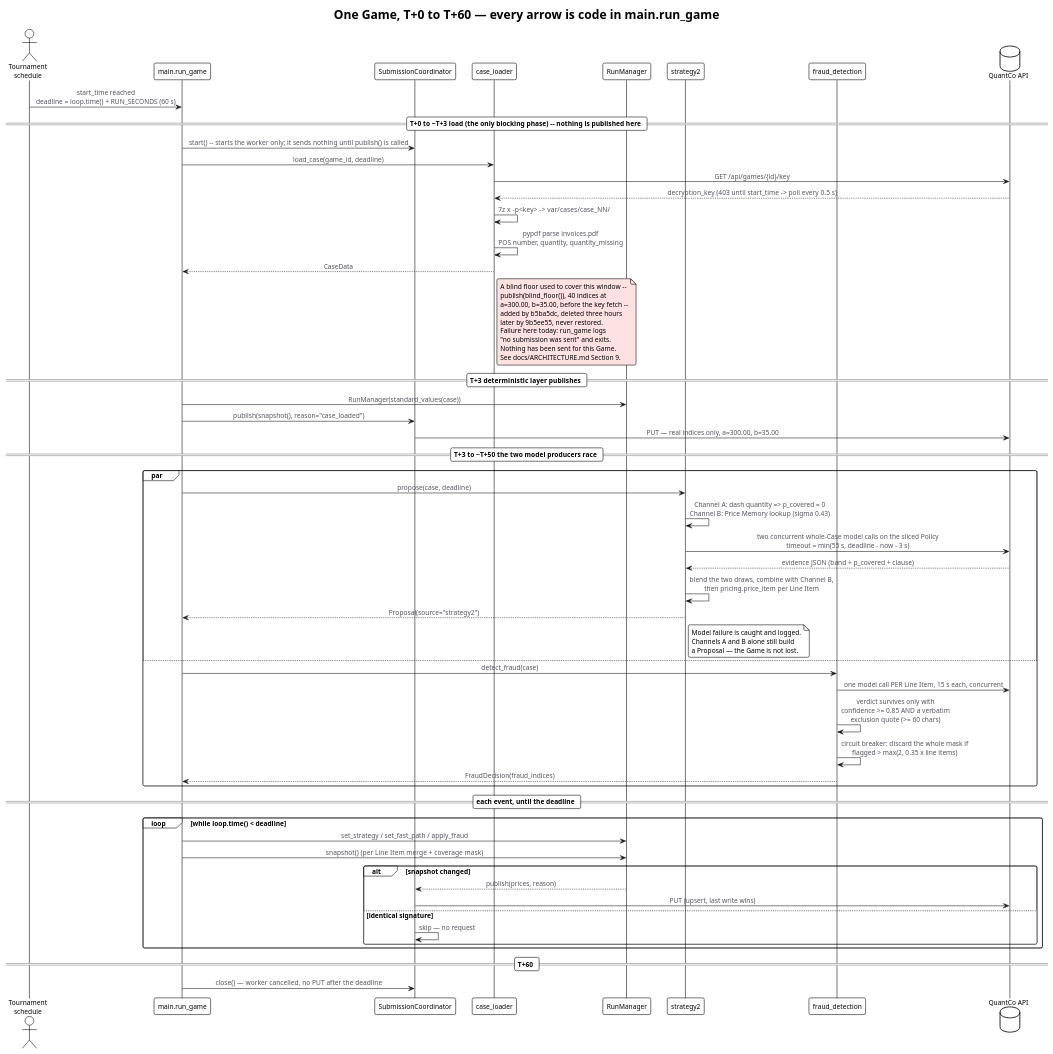
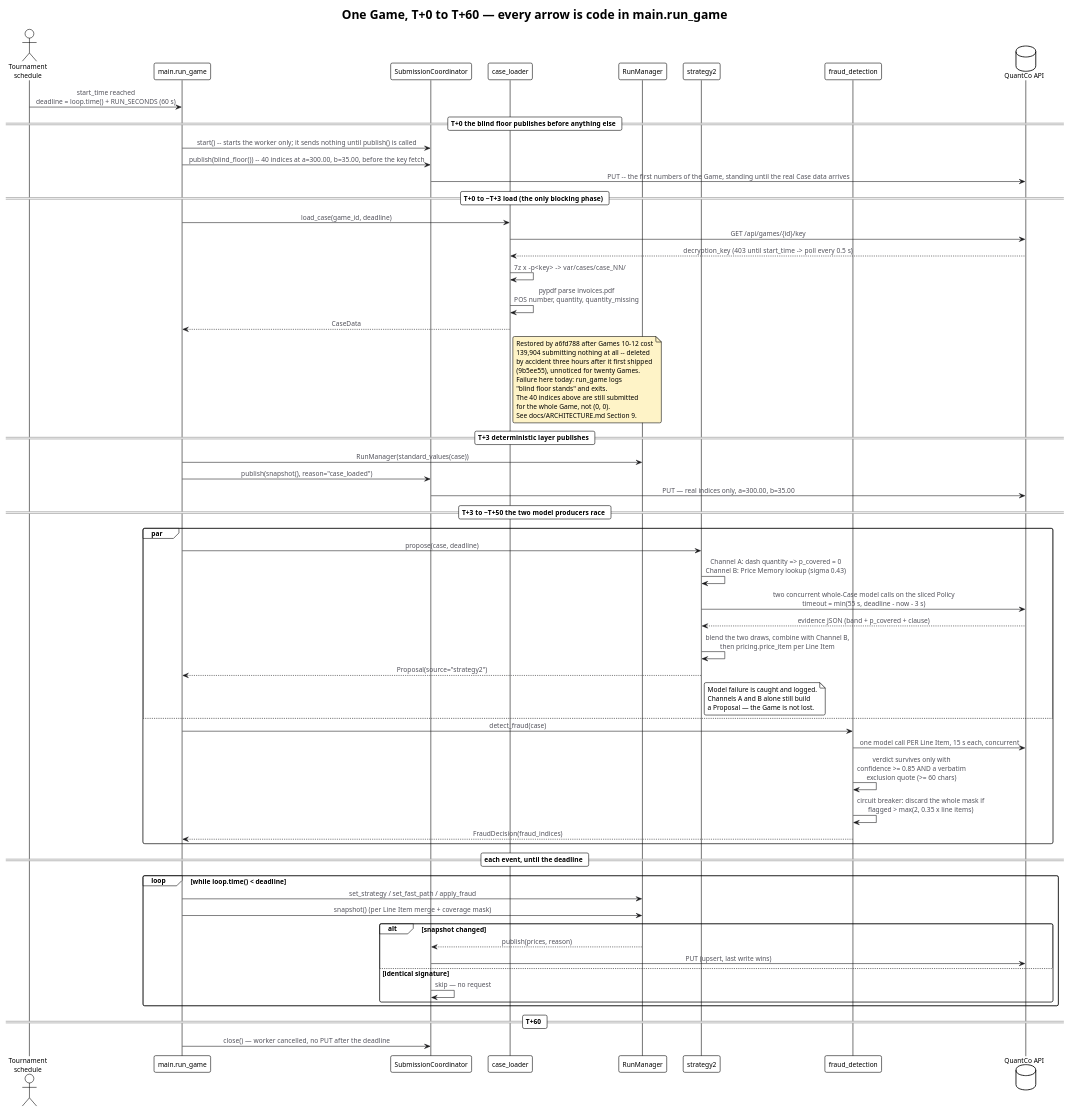
Before and after one commit to eixfachZabii/WireClaim: the diagram in docs/diagrams/01-game-timeline.puml, drawn with PlantUML. The commit also changed 9 other files, not shown here.

```diff
--- a/docs/diagrams/01-game-timeline.puml
+++ b/docs/diagrams/01-game-timeline.puml
@@ -1,92 +1,93 @@
 @startuml
 ' WireClaim — one Game on the 60-second clock.
-' Source of truth: main.py (run_game, RUN_SECONDS),
+' Source of truth: main.py (run_game, RUN_SECONDS, blind_floor),
 ' src/data/case_loader.py, src/runtime/submission_coordinator.py,
 ' src/strategies/strategy2/strategy.py, src/evidence/fraud_detection.py
-' NOTE: the T+0 blind floor this diagram once showed (blind_floor(),
-' BLIND_LINE_ITEMS) was deleted by commit 9b5ee55 and never restored --
-' see docs/ARCHITECTURE.md Section 9. Nothing is published until T+3.
 !theme plain
 skinparam backgroundColor #FFFFFF
 skinparam shadowing false
 skinparam roundCorner 6
 skinparam defaultFontName "Inter, Helvetica, Arial, sans-serif"
 skinparam defaultFontSize 12
 skinparam ArrowColor #18181B
 skinparam ArrowFontColor #52525B
 skinparam sequenceMessageAlign center
 
 title One Game, T+0 to T+60 — every arrow is code in main.run_game
 
 actor "Tournament\nschedule" as Sched
 participant "main.run_game" as Run
 participant "SubmissionCoordinator" as SC
 participant "case_loader" as Loader
 participant "RunManager" as RM
 participant "strategy2" as S2
 participant "fraud_detection" as FD
 database "QuantCo API" as API
 
 Sched -> Run : start_time reached\ndeadline = loop.time() + RUN_SECONDS (60 s)
 
-== T+0 to ~T+3  load (the only blocking phase) -- nothing is published here ==
+== T+0  the blind floor publishes before anything else ==
 Run -> SC : start()  -- starts the worker only; it sends nothing until publish() is called
+Run -> SC : publish(blind_floor())  -- 40 indices at a=300.00, b=35.00, before the key fetch
+SC -> API : PUT  -- the first numbers of the Game, standing until the real Case data arrives
+
+== T+0 to ~T+3  load (the only blocking phase) ==
 Run -> Loader : load_case(game_id, deadline)
 Loader -> API : GET /api/games/{id}/key
 API --> Loader : decryption_key  (403 until start_time -> poll every 0.5 s)
 Loader -> Loader : 7z x -p<key>  ->  var/cases/case_NN/
 Loader -> Loader : pypdf parse invoices.pdf\nPOS number, quantity, quantity_missing
 Loader --> Run : CaseData
-note right of Loader #FEE2E2
-  A blind floor used to cover this window --
-  publish(blind_floor()), 40 indices at
-  a=300.00, b=35.00, before the key fetch --
-  added by b5ba5dc, deleted three hours
-  later by 9b5ee55, never restored.
+note right of Loader #FEF3C7
+  Restored by a6fd788 after Games 10-12 cost
+  139,904 submitting nothing at all -- deleted
+  by accident three hours after it first shipped
+  (9b5ee55), unnoticed for twenty Games.
   Failure here today: run_game logs
-  "no submission was sent" and exits.
-  Nothing has been sent for this Game.
+  "blind floor stands" and exits.
+  The 40 indices above are still submitted
+  for the whole Game, not (0, 0).
   See docs/ARCHITECTURE.md Section 9.
 end note
 
 == T+3  deterministic layer publishes ==
 Run -> RM : RunManager(standard_values(case))
 Run -> SC : publish(snapshot(), reason="case_loaded")
 SC -> API : PUT — real indices only, a=300.00, b=35.00
 
 == T+3 to ~T+50  the two model producers race ==
 par
   Run -> S2 : propose(case, deadline)
   S2 -> S2 : Channel A: dash quantity => p_covered = 0\nChannel B: Price Memory lookup (sigma 0.43)
   S2 -> API : two concurrent whole-Case model calls on the sliced Policy\ntimeout = min(55 s, deadline - now - 3 s)
   API --> S2 : evidence JSON (band + p_covered + clause)
   S2 -> S2 : blend the two draws, combine with Channel B,\nthen pricing.price_item per Line Item
   S2 --> Run : Proposal(source="strategy2")
   note right of S2
     Model failure is caught and logged.
     Channels A and B alone still build
     a Proposal — the Game is not lost.
   end note
 else
   Run -> FD : detect_fraud(case)
   FD -> API : one model call PER Line Item, 15 s each, concurrent
   FD -> FD : verdict survives only with\nconfidence >= 0.85 AND a verbatim\nexclusion quote (>= 60 chars)
   FD -> FD : circuit breaker: discard the whole mask if\nflagged > max(2, 0.35 x line items)
   FD --> Run : FraudDecision(fraud_indices)
 end
 
 == each event, until the deadline ==
 loop while loop.time() < deadline
   Run -> RM : set_strategy / set_fast_path / apply_fraud
   Run -> RM : snapshot()  (per Line Item merge + coverage mask)
   alt snapshot changed
     RM --> SC : publish(prices, reason)
     SC -> API : PUT (upsert, last write wins)
   else identical signature
     SC -> SC : skip — no request
   end
 end
 
 == T+60 ==
 Run -> SC : close()  — worker cancelled, no PUT after the deadline
 @enduml
```
